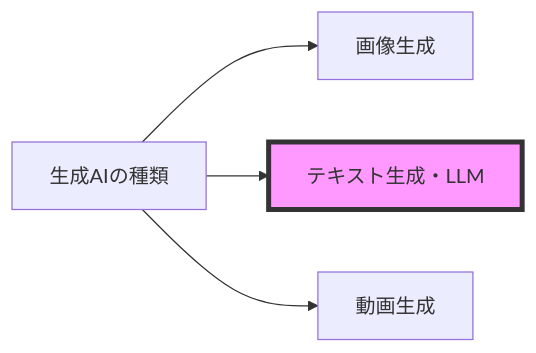
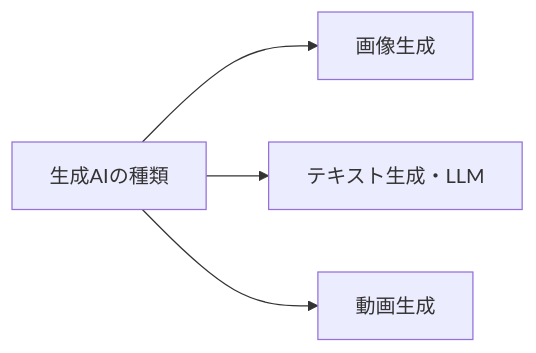
The second of 10 diagrams in README.md (SparklingDetergent/doc_genai_Using_Generative_AI_with_Mac_Mini_-Introduction-), drawn with Mermaid before and after one commit. The commit also changed other lines of this file, not shown here.

````diff
--- a/README.md
+++ b/README.md
@@ -22,7 +22,6 @@
 ```mermaid
 graph LR
     A[生成AIの種類] --> B[画像生成]
     A --> C[テキスト生成・LLM]
     A --> D[動画生成]
-    style C fill:#f9f,stroke:#333,stroke-width:4px
 ```
````
